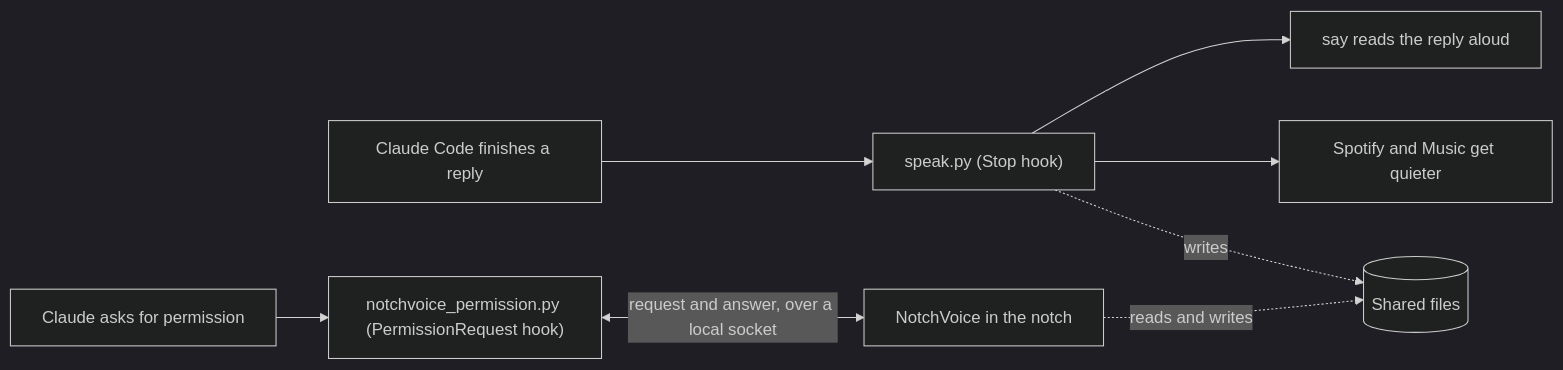
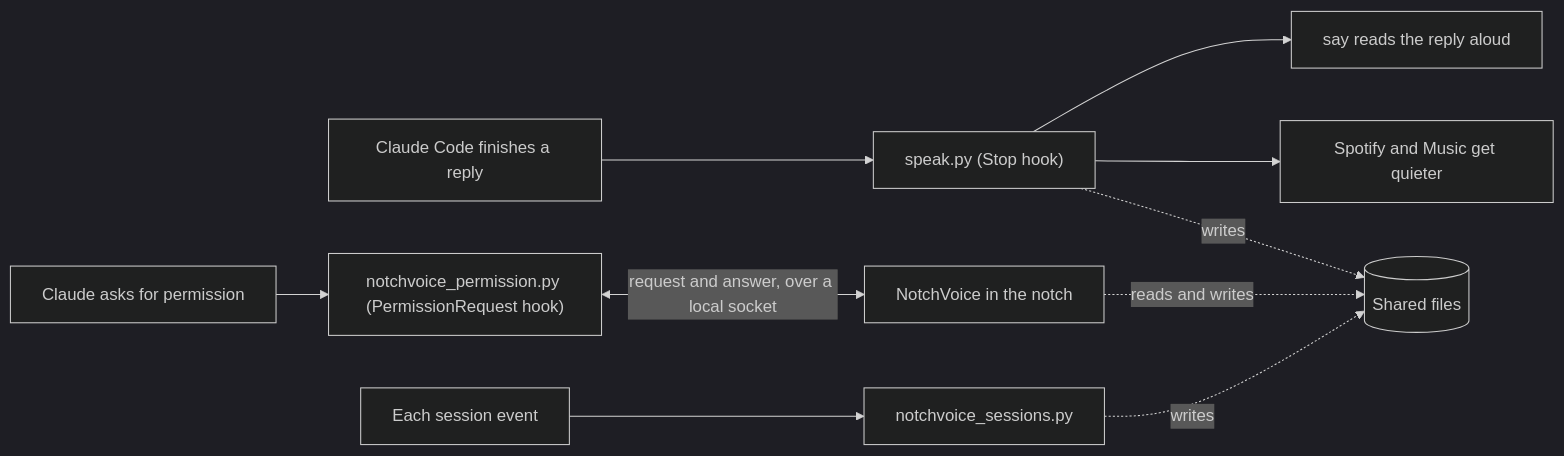
The diagram in README.md (NCSmit/notch-voice), drawn with Mermaid (dark theme) before and after one commit. The commit also changed other lines of this file and 19 other files, not shown here.

````diff
--- a/README.md
+++ b/README.md
@@ -130,10 +146,12 @@
 ```mermaid
 flowchart LR
     A["Claude Code finishes a reply"] --> B["speak.py (Stop hook)"]
     B --> C["say reads the reply aloud"]
     B --> D["Spotify and Music get quieter"]
     B -.->|writes| E[("Shared files")]
     F["NotchVoice in the notch"] -.->|reads and writes| E
     G["Claude asks for permission"] --> H["notchvoice_permission.py (PermissionRequest hook)"]
     H <-->|"request and answer, over a local socket"| F
+    I["Each session event"] --> J["notchvoice_sessions.py"]
+    J -.->|writes| E
 ```
````
